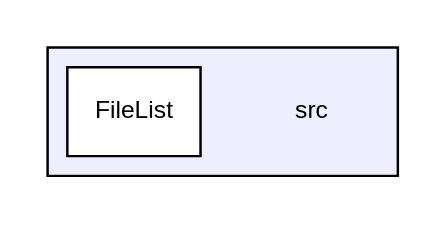
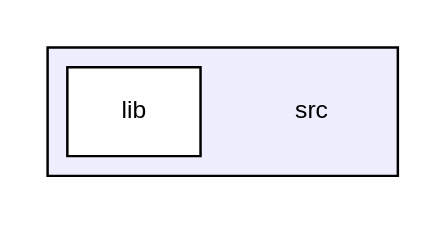
One commit to CodeMonk/dBackup changed the diagram in docs/dir_68267d1309a1af8e8297ef4c3efbcdba_dep.dot. Above: the diagram before and after it, drawn with Graphviz. The commit also changed 111 other files, not shown here.

```diff
--- a/docs/dir_68267d1309a1af8e8297ef4c3efbcdba_dep.dot
+++ b/docs/dir_68267d1309a1af8e8297ef4c3efbcdba_dep.dot
@@ -1,10 +1,10 @@
 digraph "src" {
   compound=true
   node [ fontsize="10", fontname="Helvetica"];
   edge [ labelfontsize="10", labelfontname="Helvetica"];
   subgraph clusterdir_68267d1309a1af8e8297ef4c3efbcdba {
     graph [ bgcolor="#eeeeff", pencolor="black", label="" URL="dir_68267d1309a1af8e8297ef4c3efbcdba.html"];
     dir_68267d1309a1af8e8297ef4c3efbcdba [shape=plaintext label="src"];
-    dir_d7c1a41e6ede079177d4adf392ad6b40 [shape=box label="FileList" color="black" fillcolor="white" style="filled" URL="dir_d7c1a41e6ede079177d4adf392ad6b40.html"];
+    dir_c85d3e3c5052e9ad9ce18c6863244a25 [shape=box label="lib" color="black" fillcolor="white" style="filled" URL="dir_c85d3e3c5052e9ad9ce18c6863244a25.html"];
   }
 }
```
